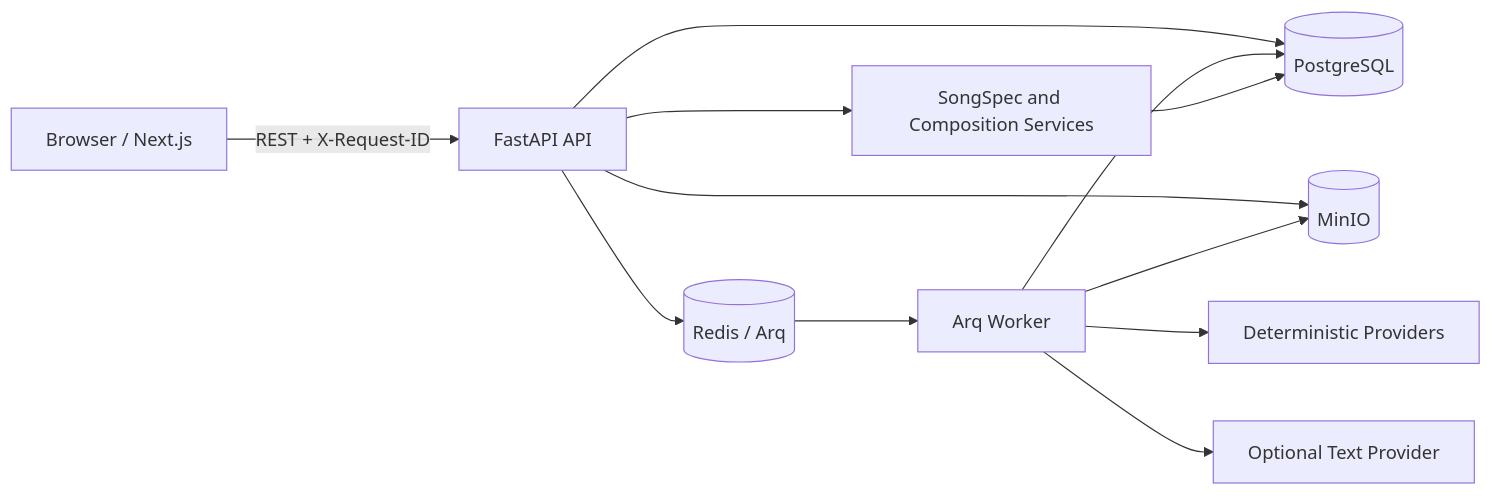
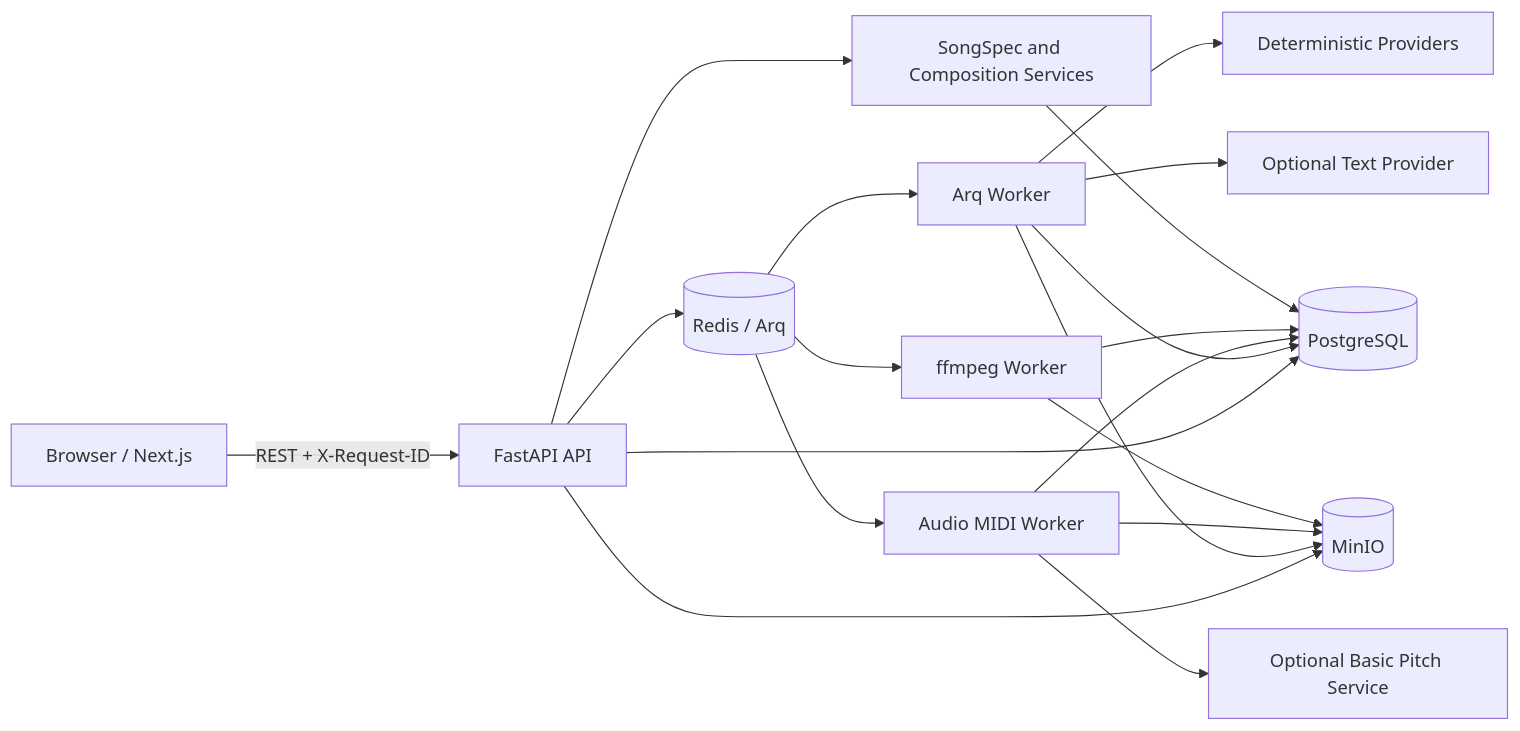
Before and after one commit to yarizm/Abachiwave: the first of 4 diagrams in docs/architecture.md, drawn with Mermaid. The commit also changed other lines of this file and 11 other files, not shown here.

````diff
--- a/docs/architecture.md
+++ b/docs/architecture.md
@@ -7,14 +7,21 @@
 ```mermaid
 flowchart LR
     U["Browser / Next.js"] -->|"REST + X-Request-ID"| A["FastAPI API"]
     A --> P[("PostgreSQL")]
     A --> R[("Redis / Arq")]
     A --> M[("MinIO")]
     R --> W["Arq Worker"]
+    R --> AM["Audio MIDI Worker"]
+    R --> FW["ffmpeg Worker"]
     W --> P
     W --> M
+    AM --> P
+    AM --> M
+    AM --> BP["Optional Basic Pitch Service"]
+    FW --> P
+    FW --> M
     W --> D["Deterministic Providers"]
     W --> T["Optional Text Provider"]
     A --> S["SongSpec and Composition Services"]
     S --> P
 ```
````
